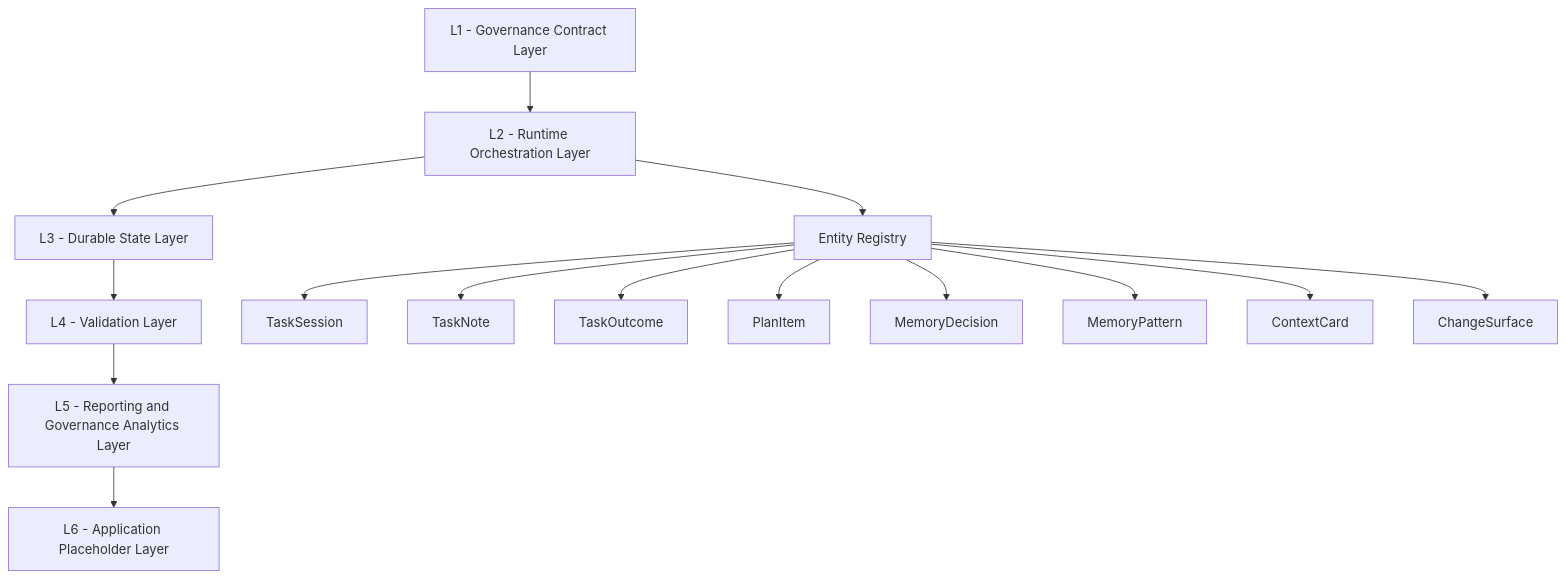
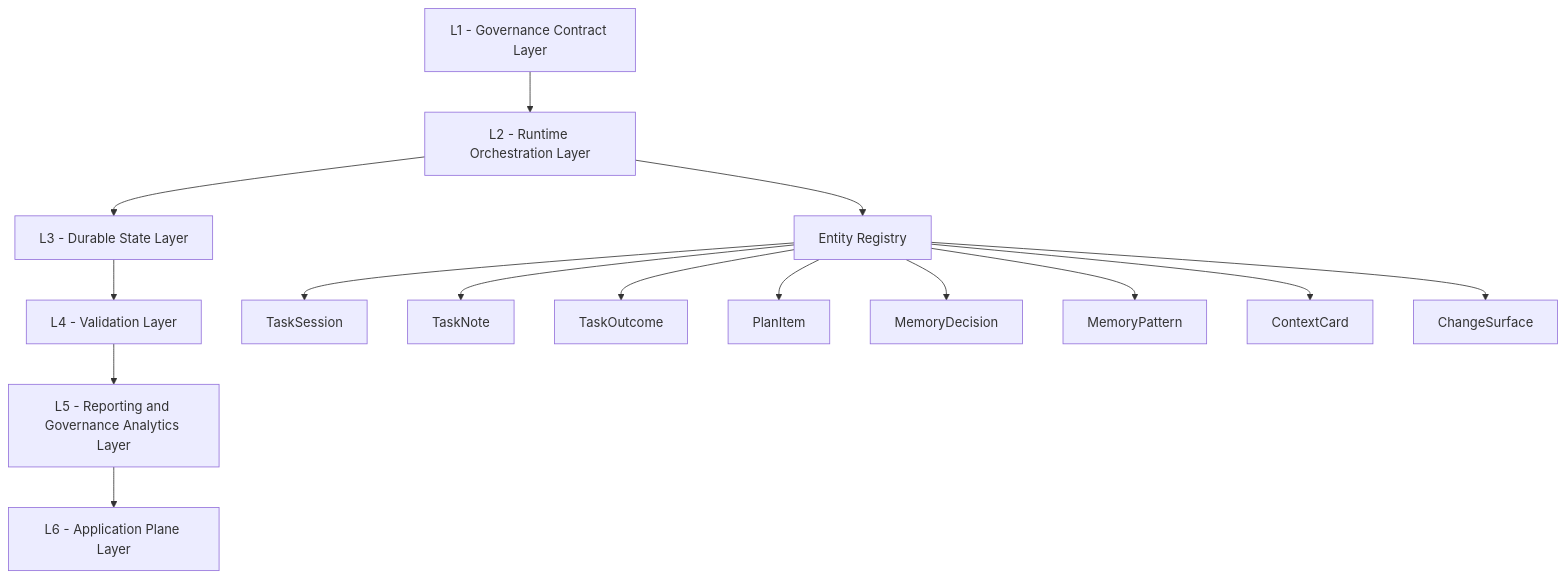
One commit to deusexrenovatio-arch/trading-advisor-3000 changed the diagram in docs/architecture/architecture-map-v2.md. Above: the diagram before and after it, drawn with Mermaid. The commit also changed other lines of this file and 31 other files, not shown here.

````diff
--- a/docs/architecture/architecture-map-v2.md
+++ b/docs/architecture/architecture-map-v2.md
@@ -5,32 +5,32 @@
 ```mermaid
 flowchart TB
   L1["L1 - Governance Contract Layer"]
   L2["L2 - Runtime Orchestration Layer"]
   L1 --> L2
   L3["L3 - Durable State Layer"]
   L2 --> L3
   L4["L4 - Validation Layer"]
   L3 --> L4
   L5["L5 - Reporting and Governance Analytics Layer"]
   L4 --> L5
-  L6["L6 - Application Placeholder Layer"]
+  L6["L6 - Application Plane Layer"]
   L5 --> L6
   E0["Entity Registry"]
   E1["TaskSession"]
   E0 --> E1
   E2["TaskNote"]
   E0 --> E2
   E3["TaskOutcome"]
   E0 --> E3
   E4["PlanItem"]
   E0 --> E4
   E5["MemoryDecision"]
   E0 --> E5
   E6["MemoryPattern"]
   E0 --> E6
   E7["ContextCard"]
   E0 --> E7
   E8["ChangeSurface"]
   E0 --> E8
   L2 --> E0
 ```
````
